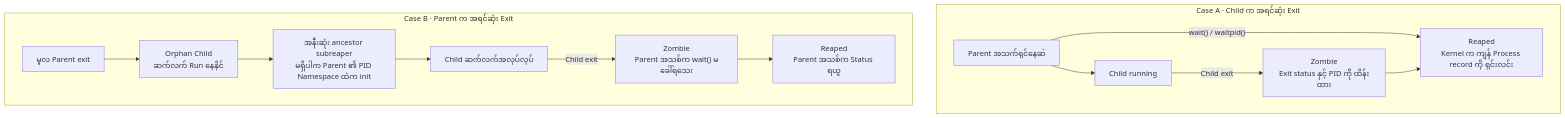
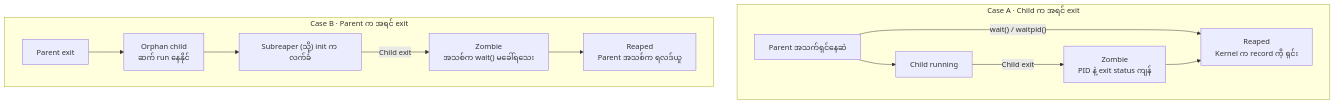
One commit to yul1ux/linux-containers-under-the-hood changed the seventh of 9 diagrams in docs/part-01-fundamentals/chapter-02-linux-processes-and-system-calls.md. Above: the diagram before and after it, drawn with Mermaid. The commit also changed other lines of this file, not shown here.

````diff
--- a/docs/part-01-fundamentals/chapter-02-linux-processes-and-system-calls.md
+++ b/docs/part-01-fundamentals/chapter-02-linux-processes-and-system-calls.md
@@ -360,16 +247,15 @@
 ```mermaid
 flowchart TB
-    subgraph ZOMBIE_CASE["Case A · Child က အရင်ဆုံး Exit"]
-        P1["Parent အသက်ရှင်နေဆဲ"] --> C1["Child running"]
-        C1 -->|"Child exit"| Z1["Zombie<br/>Exit status နှင့် PID ကို ထိန်းထား"]
-        P1 -->|"wait() / waitpid()"| R1["Reaped<br/>Kernel က ကျန် Process record ကို ရှင်းလင်း"]
-        Z1 --> R1
-    end
-    subgraph ORPHAN_CASE["Case B · Parent က အရင်ဆုံး Exit"]
-        P2["မူလ Parent exit"] --> O["Orphan Child<br/>ဆက်လက် Run နေနိုင်"]
-        O --> RP["အနီးဆုံး ancestor subreaper<br/>မရှိပါက Parent ၏ PID Namespace ထဲက init"]
-        RP --> C2["Child ဆက်လက်အလုပ်လုပ်"]
-        C2 -->|"Child exit"| Z2["Zombie<br/>Parent အသစ်က wait() မခေါ်ရသေး"]
-        Z2 --> R2["Reaped<br/>Parent အသစ်က Status ရယူ"]
-    end
+  subgraph ZOMBIE_CASE["Case A · Child က အရင် exit"]
+    P1["Parent အသက်ရှင်နေဆဲ"] --> C1["Child running"]
+    C1 -->|"Child exit"| Z1["Zombie<br/>PID နဲ့ exit status ကျန်"]
+    P1 -->|"wait() / waitpid()"| R1["Reaped<br/>Kernel က record ကို ရှင်း"]
+    Z1 --> R1
+  end
+  subgraph ORPHAN_CASE["Case B · Parent က အရင် exit"]
+    P2["Parent exit"] --> O["Orphan child<br/>ဆက် run နေနိုင်"]
+    O --> RP["Subreaper (သို့) init က လက်ခံ"]
+    RP -->|"Child exit"| Z2["Zombie<br/>အသစ်က wait() မခေါ်ရသေး"]
+    Z2 --> R2["Reaped<br/>Parent အသစ်က ရလဒ်ယူ"]
+  end
 ```
````
